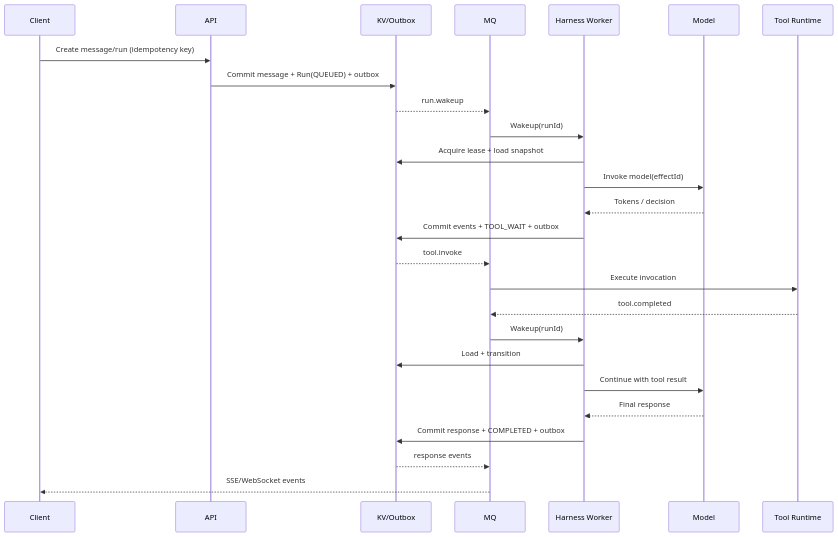
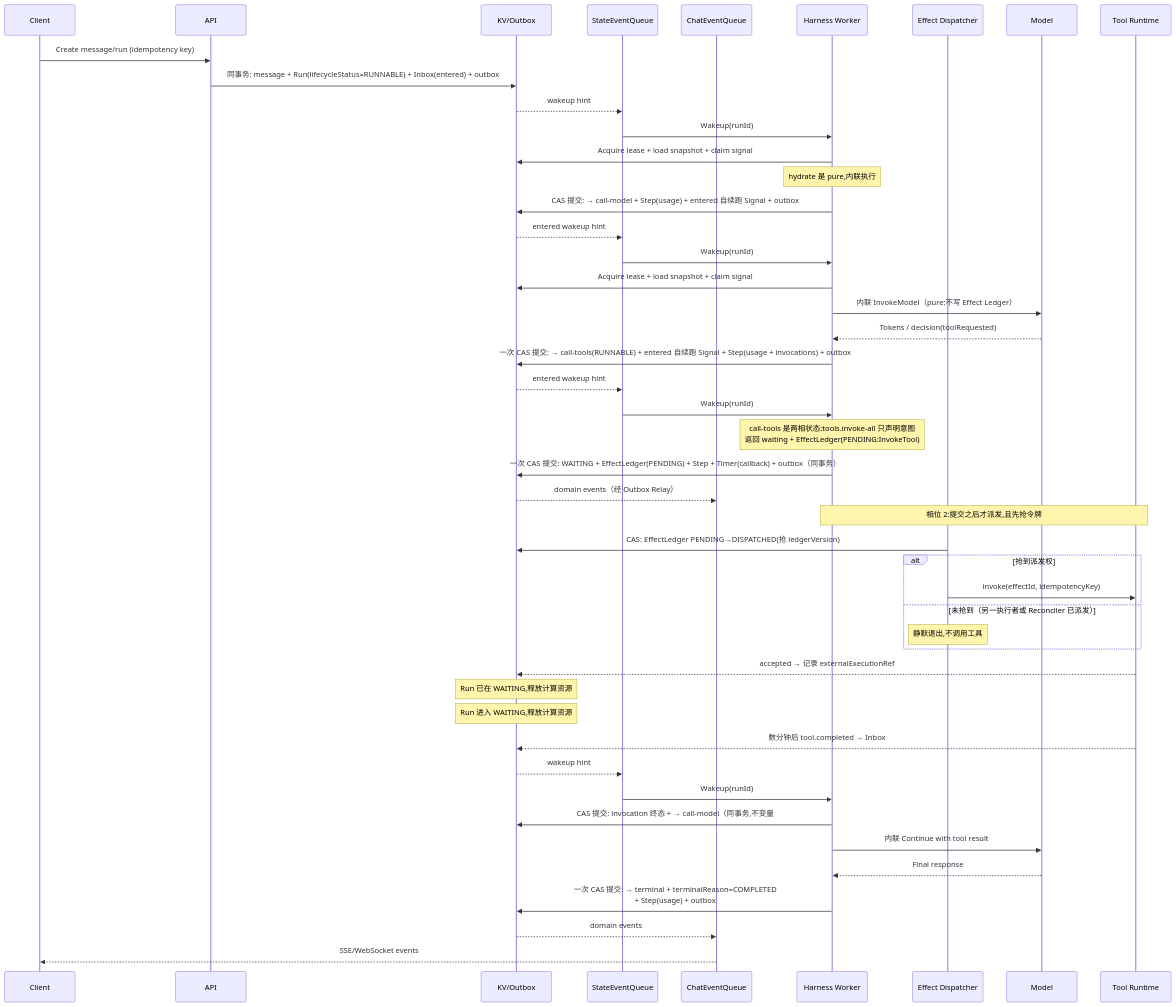
The fifth of 11 diagrams in docs/arch.md (ai-sea/elastic-harness), drawn with Mermaid before and after one commit. The commit also changed other lines of this file and 1 other file, not shown here.

````diff
--- a/docs/arch.md
+++ b/docs/arch.md
@@ -664,29 +1093,50 @@
 ```mermaid
 sequenceDiagram
     participant U as Client
     participant A as API
     participant K as KV/Outbox
-    participant Q as MQ
+    participant SQ as StateEventQueue
+    participant CE as ChatEventQueue
     participant W as Harness Worker
+    participant D as Effect Dispatcher
     participant M as Model
     participant T as Tool Runtime
 
     U->>A: Create message/run (idempotency key)
-    A->>K: Commit message + Run(QUEUED) + outbox
-    K-->>Q: run.wakeup
-    Q->>W: Wakeup(runId)
-    W->>K: Acquire lease + load snapshot
-    W->>M: Invoke model(effectId)
-    M-->>W: Tokens / decision
-    W->>K: Commit events + TOOL_WAIT + outbox
-    K-->>Q: tool.invoke
-    Q->>T: Execute invocation
-    T-->>Q: tool.completed
-    Q->>W: Wakeup(runId)
-    W->>K: Load + transition
-    W->>M: Continue with tool result
+    A->>K: 同事务: message + Run(lifecycleStatus=RUNNABLE) + Inbox(entered) + outbox
+    K-->>SQ: wakeup hint
+    SQ->>W: Wakeup(runId)
+    W->>K: Acquire lease + load snapshot + claim signal
+    Note over W: hydrate 是 pure,内联执行
+    W->>K: CAS 提交: → call-model + Step(usage) + entered 自续跑 Signal + outbox
+    K-->>SQ: entered wakeup hint
+    SQ->>W: Wakeup(runId)
+    W->>K: Acquire lease + load snapshot + claim signal
+    W->>M: 内联 InvokeModel（pure:不写 Effect Ledger）
+    M-->>W: Tokens / decision(toolRequested)
+    W->>K: 一次 CAS 提交: → call-tools(RUNNABLE) + entered 自续跑 Signal + Step(usage + invocations) + outbox
+    K-->>SQ: entered wakeup hint
+    SQ->>W: Wakeup(runId)
+    Note over W: call-tools 是两相状态:tools.invoke-all 只声明意图<br/>返回 waiting + EffectLedger(PENDING:InvokeTool)
+    W->>K: 一次 CAS 提交: WAITING + EffectLedger(PENDING) + Step + Timer(callback) + outbox（同事务）
+    K-->>CE: domain events（经 Outbox Relay）
+    Note over W,T: 相位 2:提交之后才派发,且先抢令牌
+    D->>K: CAS: EffectLedger PENDING→DISPATCHED(抢 ledgerVersion)
+    alt 抢到派发权
+        D->>T: invoke(effectId, idempotencyKey)
+    else 未抢到（另一执行者或 Reconciler 已派发）
+        Note over D: 静默退出,不调用工具
+    end
+    T-->>K: accepted → 记录 externalExecutionRef
+    Note over K: Run 已在 WAITING,释放计算资源
+    Note over K: Run 进入 WAITING,释放计算资源
+    T-->>K: 数分钟后 tool.completed → Inbox
+    K-->>SQ: wakeup hint
+    SQ->>W: Wakeup(runId)
+    W->>K: CAS 提交: invocation 终态 + → call-model（同事务,不变量 #12）
+    W->>M: 内联 Continue with tool result
     M-->>W: Final response
-    W->>K: Commit response + COMPLETED + outbox
-    K-->>Q: response events
-    Q-->>U: SSE/WebSocket events
+    W->>K: 一次 CAS 提交: → terminal + terminalReason=COMPLETED<br/>+ Step(usage) + outbox
+    K-->>CE: domain events
+    CE-->>U: SSE/WebSocket events
 ```
````
